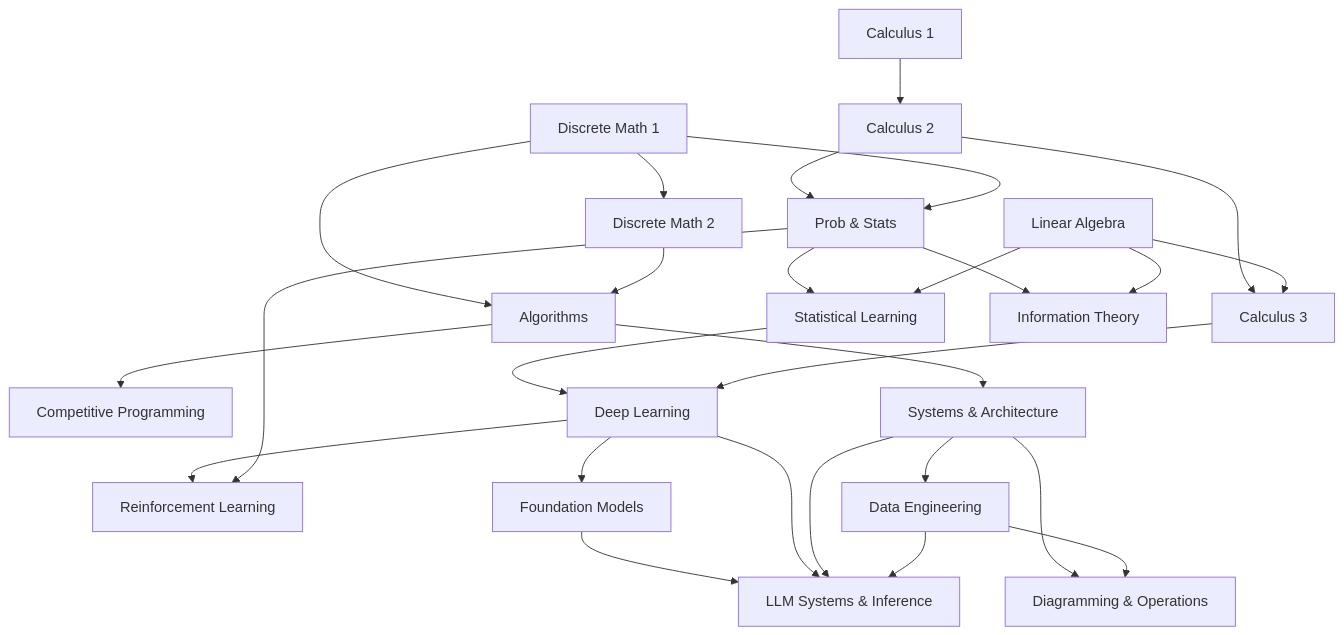
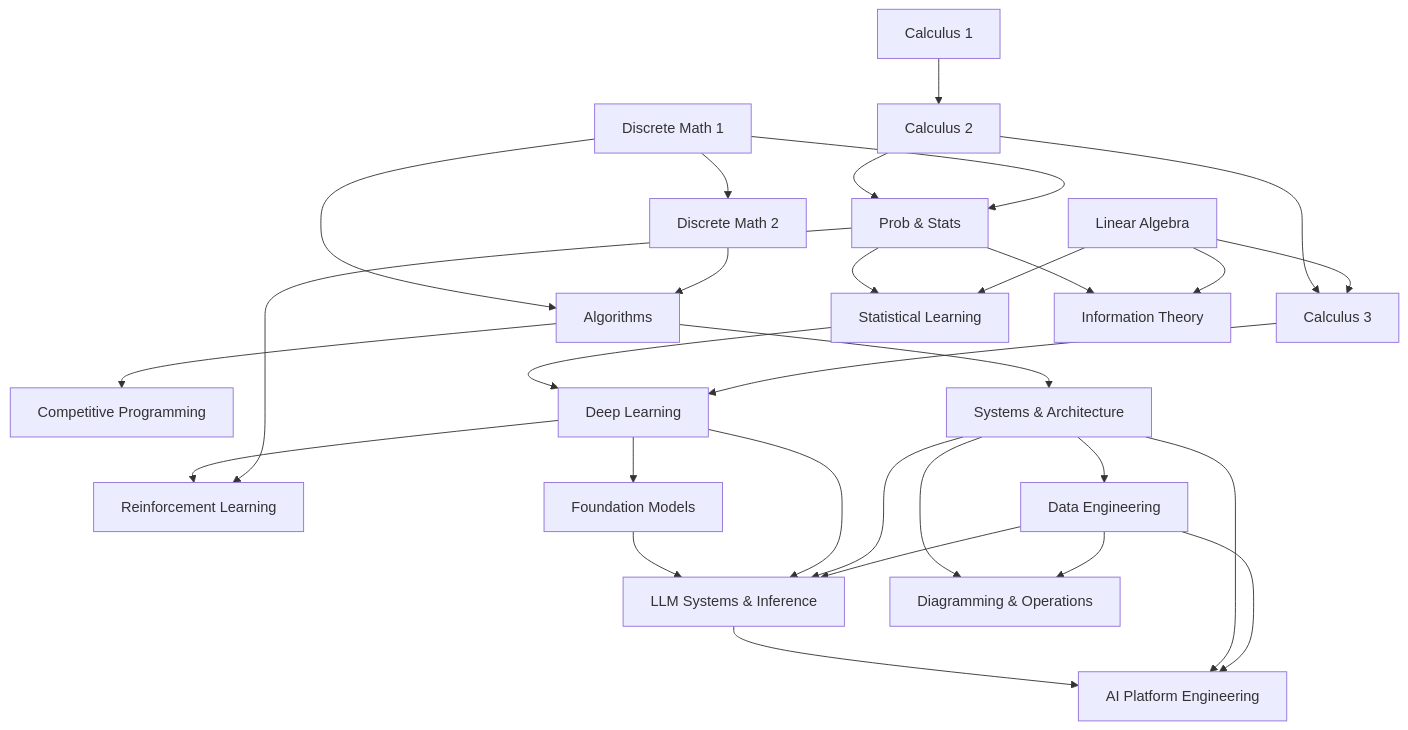
The diagram in README.md (urmzd/supersource), drawn with Mermaid before and after one commit. The commit also changed other lines of this file and 13 other files, not shown here.

Commit message:
Add AI Platform Engineering track (#11)

````diff
--- a/README.md
+++ b/README.md
@@ -119,34 +138,38 @@
 ```mermaid
 graph TD
     C1[Calculus 1] --> C2[Calculus 2]
     C2 --> C3[Calculus 3]
     LA[Linear Algebra] --> C3
     D1[Discrete Math 1] --> D2[Discrete Math 2]
     C2 --> PS[Prob & Stats]
     D1 --> PS
 
     D1 --> ALG[Algorithms]
     D2 --> ALG
     ALG --> CP[Competitive Programming]
 
     PS --> SL[Statistical Learning]
     LA --> SL
     SL --> DL[Deep Learning]
     C3 --> DL
     DL --> RL[Reinforcement Learning]
     PS --> RL
     DL --> FM[Foundation Models]
 
     PS --> IT[Information Theory]
     LA --> IT
 
     ALG --> SYS[Systems & Architecture]
     SYS --> DE[Data Engineering]
     FM --> LLM[LLM Systems & Inference]
     DL --> LLM
     SYS --> LLM
     DE --> LLM
 
     SYS --> DGO[Diagramming & Operations]
     DE --> DGO
+
+    LLM --> AIP[AI Platform Engineering]
+    SYS --> AIP
+    DE --> AIP
 ```
````
